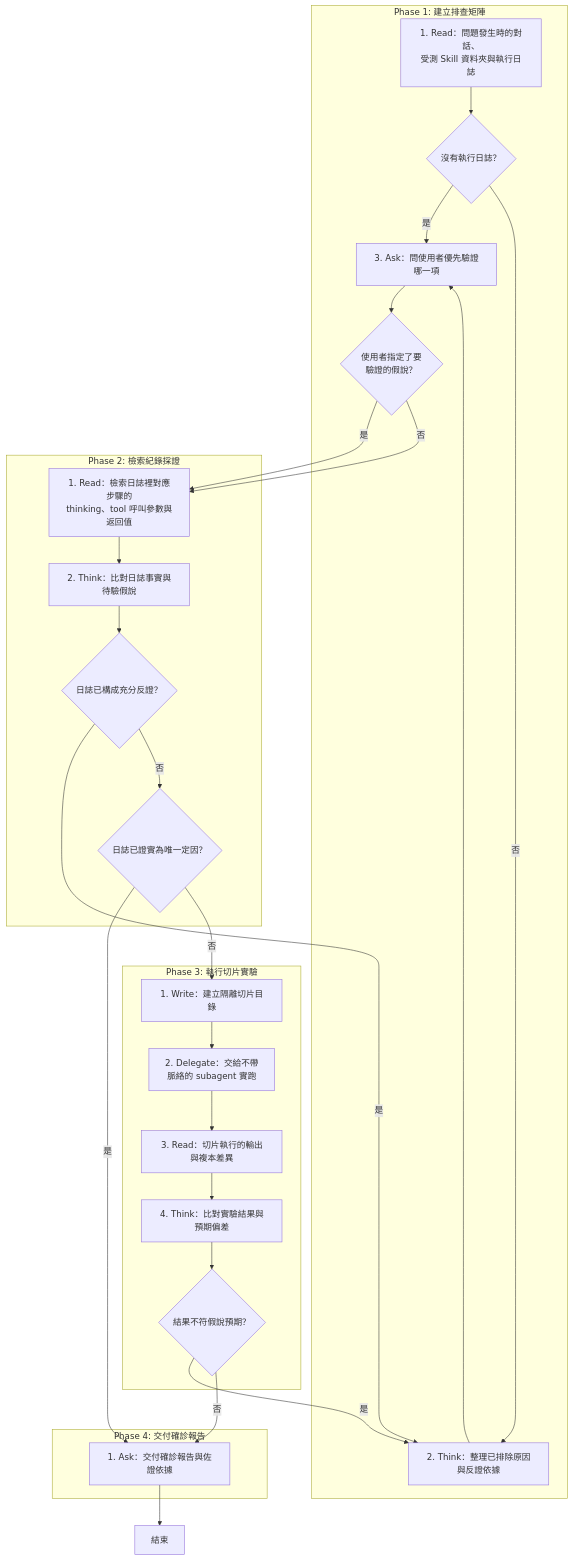
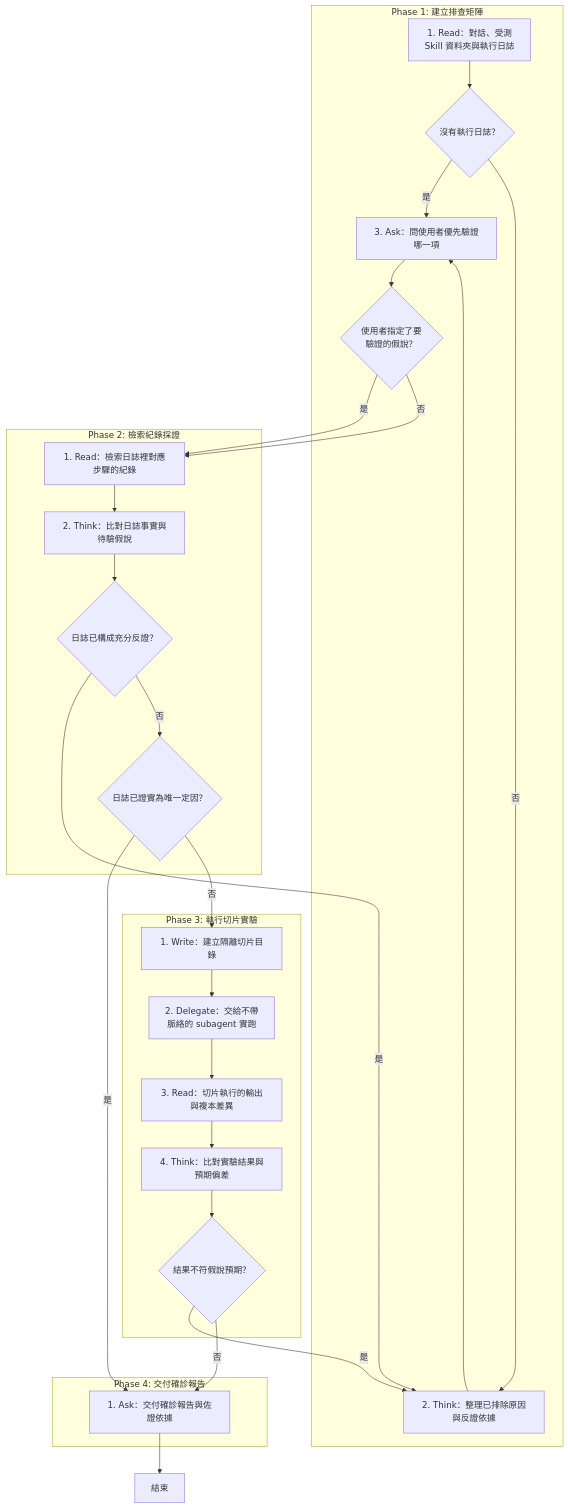
The diagram in .claude/skills/skill-diagnose/SKILL.md (AI-x-BDD/BDGG-Dev-Skills), drawn with Mermaid before and after one commit. The commit also changed other lines of this file and 33 other files, not shown here.

````diff
--- a/.claude/skills/skill-diagnose/SKILL.md
+++ b/.claude/skills/skill-diagnose/SKILL.md
@@ -29,47 +29,47 @@
 ```mermaid
 flowchart TD
     subgraph P1["Phase 1: 建立排查矩陣"]
-        P1S1["1. Read：問題發生時的對話、<br/>受測 Skill 資料夾與執行日誌"]
+        P1S1["1. Read：對話、受測<br/>Skill 資料夾與執行日誌"]
         G_P1S1_1{"沒有執行日誌？"}
         P1S2["2. Think：整理已排除原因與反證依據"]
         P1S3["3. Ask：問使用者優先驗證哪一項"]
         G_P1S3_1{"使用者指定了要<br/>驗證的假說？"}
     end
     subgraph P2["Phase 2: 檢索紀錄採證"]
-        P2S1["1. Read：檢索日誌裡對應步驟的<br/>thinking、tool 呼叫參數與返回值"]
+        P2S1["1. Read：檢索日誌裡對應步驟的紀錄"]
         P2S2["2. Think：比對日誌事實與待驗假說"]
         G_P2S2_1{"日誌已構成充分反證？"}
         G_P2S2_2{"日誌已證實為唯一定因？"}
     end
     subgraph P3["Phase 3: 執行切片實驗"]
         P3S1["1. Write：建立隔離切片目錄"]
         P3S2["2. Delegate：交給不帶<br/>脈絡的 subagent 實跑"]
         P3S3["3. Read：切片執行的輸出與複本差異"]
         P3S4["4. Think：比對實驗結果與預期偏差"]
         G_P3S4_1{"結果不符假說預期？"}
     end
     subgraph P4["Phase 4: 交付確診報告"]
         P4S1["1. Ask：交付確診報告與佐證依據"]
     end
     End["結束"]
     P1S1 --> G_P1S1_1
     G_P1S1_1 -->|是| P1S3
     G_P1S1_1 -->|否| P1S2
     P1S2 --> P1S3
     P1S3 --> G_P1S3_1
     G_P1S3_1 -->|是| P2S1
     G_P1S3_1 -->|否| P2S1
     P2S1 --> P2S2
     P2S2 --> G_P2S2_1
     G_P2S2_1 -->|是| P1S2
     G_P2S2_1 -->|否| G_P2S2_2
     G_P2S2_2 -->|是| P4S1
     G_P2S2_2 -->|否| P3S1
     P3S1 --> P3S2
     P3S2 --> P3S3
     P3S3 --> P3S4
     P3S4 --> G_P3S4_1
     G_P3S4_1 -->|是| P1S2
     G_P3S4_1 -->|否| P4S1
     P4S1 --> End
 ```
````
